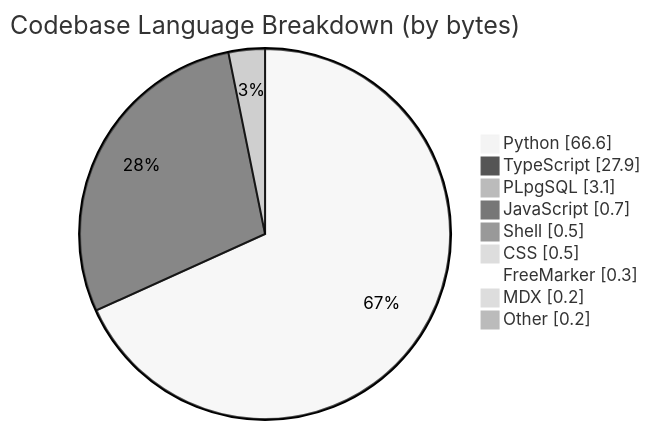
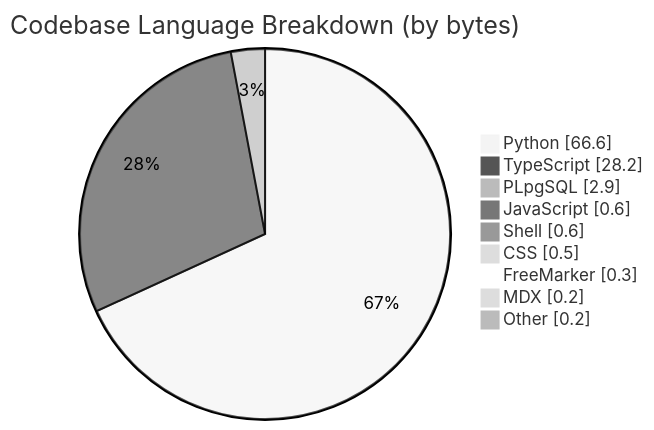
The third of 4 diagrams in profile/README.md (CSTH-Projects/.github), drawn with Mermaid (neutral theme) before and after one commit. The commit also changed other lines of this file, not shown here.

````diff
--- a/profile/README.md
+++ b/profile/README.md
@@ -63,13 +63,13 @@
 ```mermaid
 pie showData
     title Codebase Language Breakdown (by bytes)
     "Python" : 66.6
-    "TypeScript" : 27.9
-    "PLpgSQL" : 3.1
-    "JavaScript" : 0.7
-    "Shell" : 0.5
+    "TypeScript" : 28.2
+    "PLpgSQL" : 2.9
+    "JavaScript" : 0.6
+    "Shell" : 0.6
     "CSS" : 0.5
     "FreeMarker" : 0.3
     "MDX" : 0.2
     "Other" : 0.2
 ```
````
